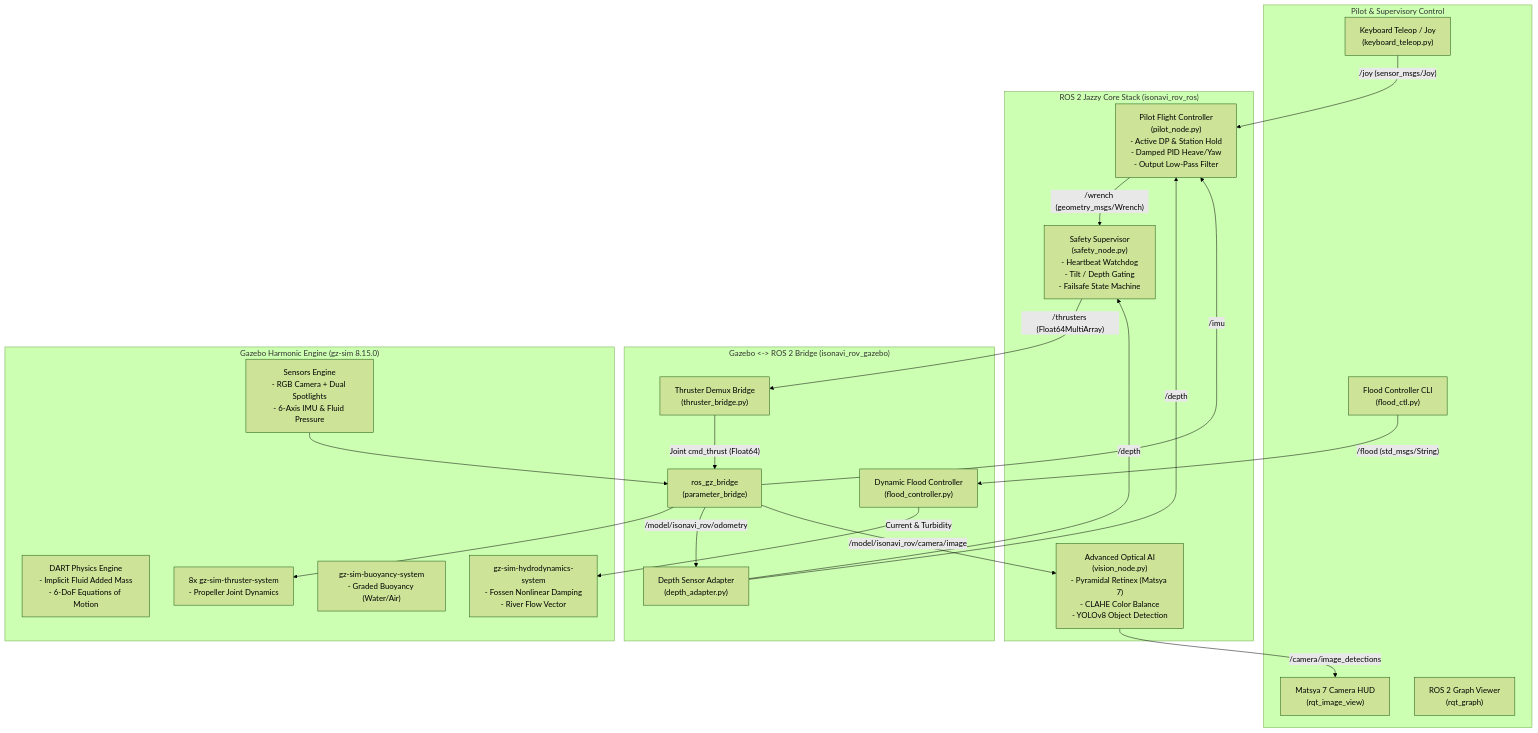
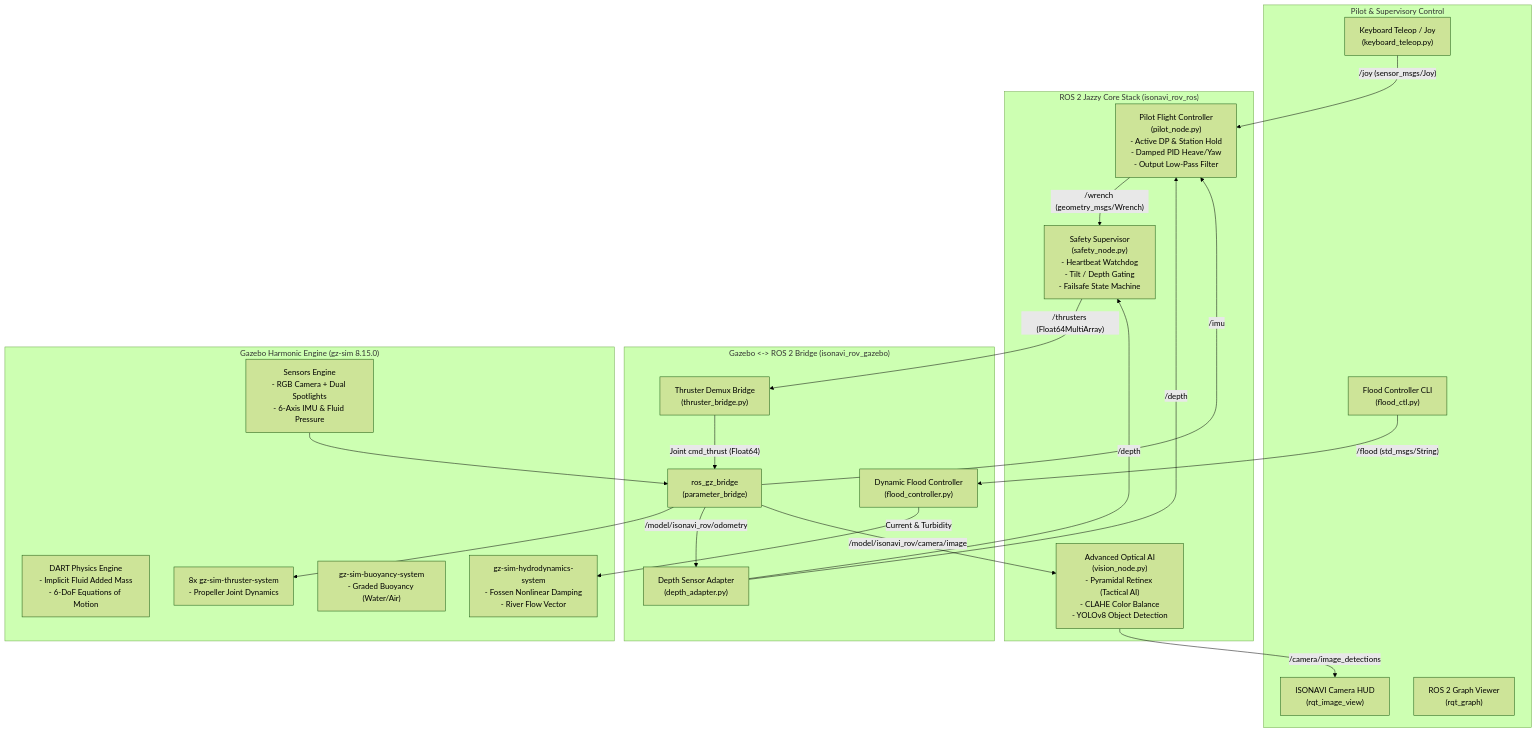
The first of 2 diagrams in pjmerge2.md (AUV-VITP/isonavi-rov), drawn with Mermaid (forest theme) before and after one commit. The commit also changed other lines of this file and 2 other files, not shown here.

Commit message:
refactor(vision): replace Matsya HUD badge with ISONAVI-ROV and clean legacy references

````diff
--- a/pjmerge2.md
+++ b/pjmerge2.md
@@ -33,46 +33,46 @@
 ```mermaid
 flowchart TD
     subgraph Human_Interface["Pilot & Supervisory Control"]
         Teleop["Keyboard Teleop / Joy\n(keyboard_teleop.py)"]
         FloodCTL["Flood Controller CLI\n(flood_ctl.py)"]
-        RqtViewer["Matsya 7 Camera HUD\n(rqt_image_view)"]
+        RqtViewer["ISONAVI Camera HUD\n(rqt_image_view)"]
         RqtGraph["ROS 2 Graph Viewer\n(rqt_graph)"]
     end
 
     subgraph ROS2_Core["ROS 2 Jazzy Core Stack (isonavi_rov_ros)"]
         PilotNode["Pilot Flight Controller\n(pilot_node.py)\n- Active DP & Station Hold\n- Damped PID Heave/Yaw\n- Output Low-Pass Filter"]
         SafetyNode["Safety Supervisor\n(safety_node.py)\n- Heartbeat Watchdog\n- Tilt / Depth Gating\n- Failsafe State Machine"]
-        VisionNode["Advanced Optical AI\n(vision_node.py)\n- Pyramidal Retinex (Matsya 7)\n- CLAHE Color Balance\n- YOLOv8 Object Detection"]
+        VisionNode["Advanced Optical AI\n(vision_node.py)\n- Pyramidal Retinex (Tactical AI)\n- CLAHE Color Balance\n- YOLOv8 Object Detection"]
     end
 
     subgraph Simulation_Bridge["Gazebo <-> ROS 2 Bridge (isonavi_rov_gazebo)"]
         RosGzBridge["ros_gz_bridge\n(parameter_bridge)"]
         ThrusterBridge["Thruster Demux Bridge\n(thruster_bridge.py)"]
         DepthAdapter["Depth Sensor Adapter\n(depth_adapter.py)"]
         FloodSim["Dynamic Flood Controller\n(flood_controller.py)"]
     end
 
     subgraph Gazebo_Harmonic["Gazebo Harmonic Engine (gz-sim 8.15.0)"]
         Physics["DART Physics Engine\n- Implicit Fluid Added Mass\n- 6-DoF Equations of Motion"]
         Hydro["gz-sim-hydrodynamics-system\n- Fossen Nonlinear Damping\n- River Flow Vector"]
         Buoyancy["gz-sim-buoyancy-system\n- Graded Buoyancy (Water/Air)"]
         ThrustersGZ["8x gz-sim-thruster-system\n- Propeller Joint Dynamics"]
         SensorsGZ["Sensors Engine\n- RGB Camera + Dual Spotlights\n- 6-Axis IMU & Fluid Pressure"]
     end
 
     Teleop -->|"/joy (sensor_msgs/Joy)"| PilotNode
     FloodCTL -->|"/flood (std_msgs/String)"| FloodSim
     PilotNode -->|"/wrench (geometry_msgs/Wrench)"| SafetyNode
     SafetyNode -->|"/thrusters (Float64MultiArray)"| ThrusterBridge
     ThrusterBridge -->|"Joint cmd_thrust (Float64)"| RosGzBridge
     RosGzBridge --> ThrustersGZ
     FloodSim -->|"Current & Turbidity"| Hydro
 
     SensorsGZ --> RosGzBridge
     RosGzBridge -->|"/model/isonavi_rov/odometry"| DepthAdapter
     RosGzBridge -->|"/model/isonavi_rov/camera/image"| VisionNode
     RosGzBridge -->|"/imu"| PilotNode
     DepthAdapter -->|"/depth"| PilotNode
     DepthAdapter -->|"/depth"| SafetyNode
     VisionNode -->|"/camera/image_detections"| RqtViewer
 ```
````
